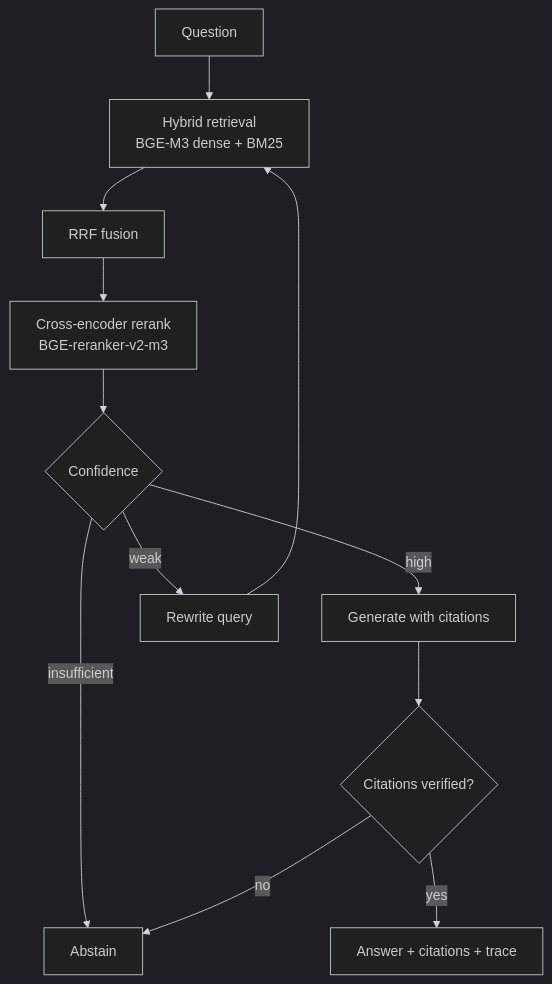
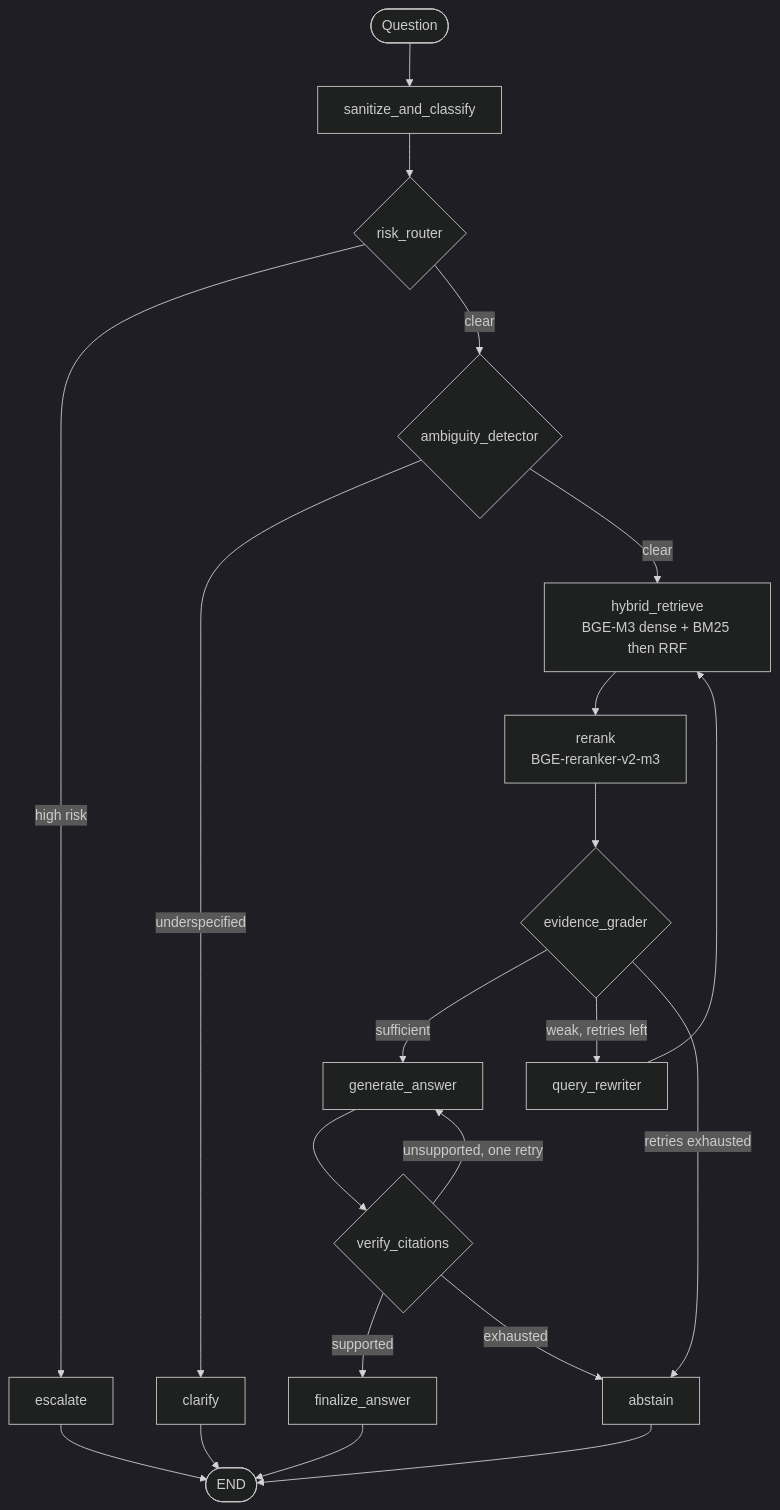
Before and after one commit to fahim0-3/RAGuard: the diagram in README.md, drawn with Mermaid (dark theme). The commit also changed other lines of this file and 12 other files, not shown here.

````diff
--- a/README.md
+++ b/README.md
@@ -29,14 +38,23 @@
 ```mermaid
 flowchart TD
-    Q[Question] --> HR[Hybrid retrieval<br/>BGE-M3 dense + BM25]
-    HR --> RRF[RRF fusion]
-    RRF --> RR[Cross-encoder rerank<br/>BGE-reranker-v2-m3]
-    RR --> CS{Confidence}
-    CS -->|high| GEN[Generate with citations]
-    CS -->|weak| QR[Rewrite query]
-    QR --> HR
-    CS -->|insufficient| AB[Abstain]
-    GEN --> CV{Citations verified?}
-    CV -->|no| AB
-    CV -->|yes| ANS[Answer + citations + trace]
+    START([Question]) --> SAN[sanitize_and_classify]
+    SAN --> RISK{risk_router}
+    RISK -->|high risk| ESC[escalate]
+    RISK -->|clear| AMB{ambiguity_detector}
+    AMB -->|underspecified| CLR[clarify]
+    AMB -->|clear| RET[hybrid_retrieve<br/>BGE-M3 dense + BM25 then RRF]
+    RET --> RR[rerank<br/>BGE-reranker-v2-m3]
+    RR --> EG{evidence_grader}
+    EG -->|sufficient| GEN[generate_answer]
+    EG -->|weak, retries left| QR[query_rewriter]
+    QR --> RET
+    EG -->|retries exhausted| AB[abstain]
+    GEN --> VER{verify_citations}
+    VER -->|supported| FIN[finalize_answer]
+    VER -->|unsupported, one retry| GEN
+    VER -->|exhausted| AB
+    ESC --> E([END])
+    CLR --> E
+    AB --> E
+    FIN --> E
 ```
````
